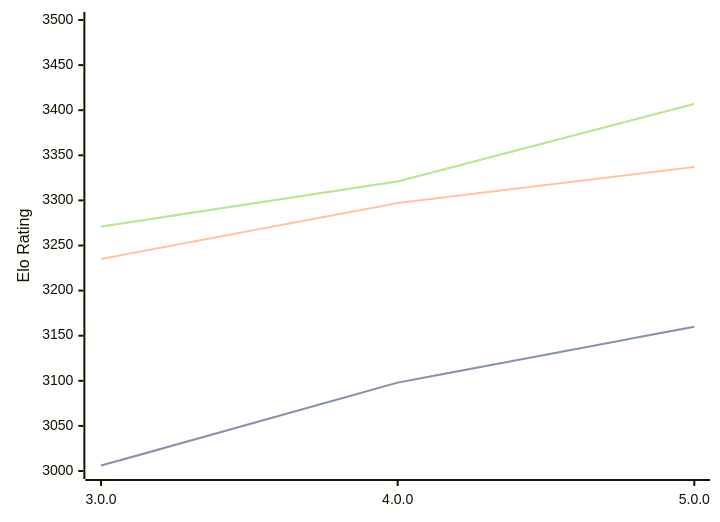
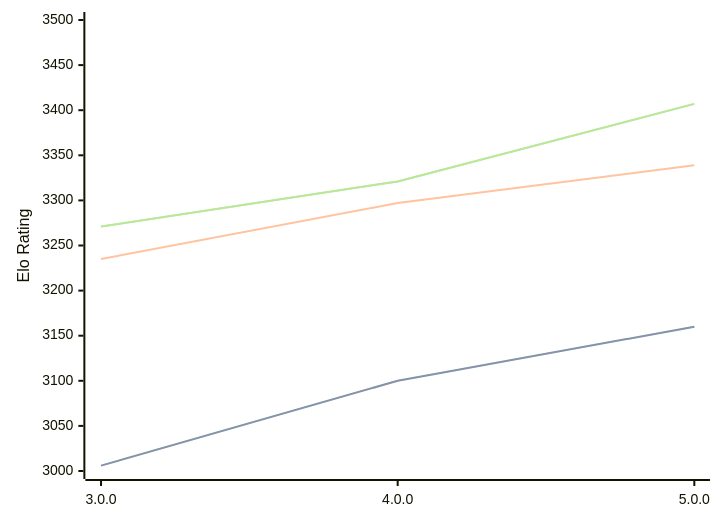
Before and after one commit to computer-chess-index/cci: the diagram in engines/Minke.md, drawn with Mermaid. The commit also changed other lines of this file, not shown here.

Commit message:
Update CCI Ratings (ELO VLTC) - 2026-04-02

````diff
--- a/engines/Minke.md
+++ b/engines/Minke.md
@@ -35,11 +35,11 @@
 ```mermaid
 %%{init: {"theme":"base","themeVariables":{"seriesColors:['#a3a3a3','#222221','#faa371']}}}%%
 xychart-beta
   x-axis ["3.0.0", "4.0.0", "5.0.0"]
   y-axis "Elo Rating" 3000 --> 3500
-  line "STC (8.0+0.08s)" [3006, 3098, 3160]
-  line "STC (8.0+0.08s)" [3006, 3098, 3160]
-  line "LTC (60.0+0.60s)" [3235, 3297, 3337]
+  line "STC (8.0+0.08s)" [3006, 3100, 3160]
+  line "STC (8.0+0.08s)" [3006, 3100, 3160]
+  line "LTC (60.0+0.60s)" [3235, 3297, 3339]
   line "VLTC (2m24s+1.12s)" [3271, 3321, 3407]
   line "VLTC (2m24s+1.12s)" [3271, 3321, 3407]
 ```
````
